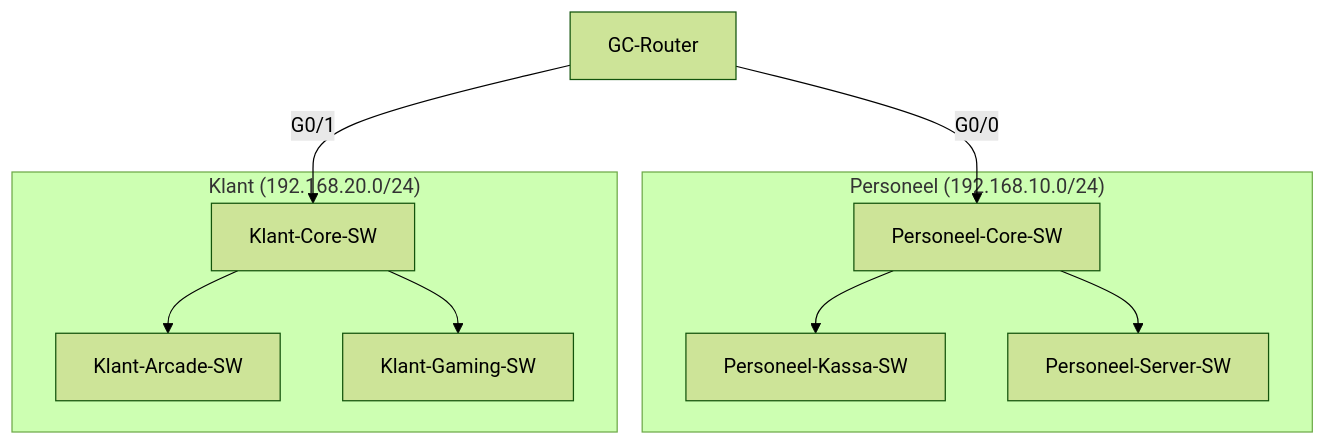
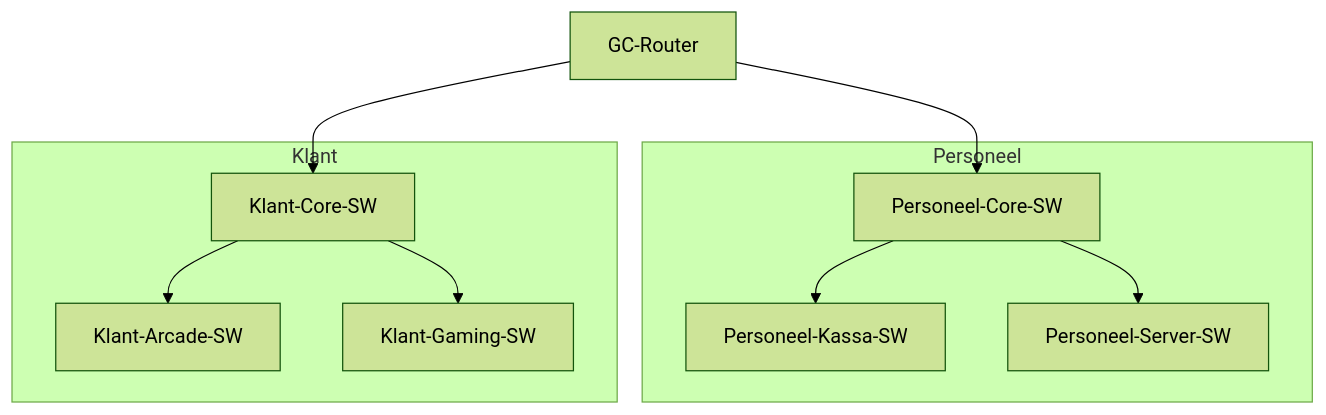
The diagram in Documentatie/Netwerk_Documentatie.md (lennertvhoy/Game_Center), drawn with Mermaid (forest theme) before and after one commit.

Commit message:
docs: Add initial network documentation for the Game Center, detailing topology, IP addressing, and configuration.

````diff
--- a/Documentatie/Netwerk_Documentatie.md
+++ b/Documentatie/Netwerk_Documentatie.md
@@ -20,25 +20,25 @@
 ```mermaid
 graph TD
     Router[GC-Router]
     
-    subgraph "Personeel (192.168.10.0/24)"
+    subgraph "Personeel"
         SW_P_Core[Personeel-Core-SW]
         SW_P_Kassa[Personeel-Kassa-SW]
         SW_P_Server[Personeel-Server-SW]
     end
     
-    subgraph "Klant (192.168.20.0/24)"
+    subgraph "Klant"
         SW_K_Core[Klant-Core-SW]
         SW_K_Arcade[Klant-Arcade-SW]
         SW_K_Gaming[Klant-Gaming-SW]
     end
 
-    Router -- G0/0 --> SW_P_Core
-    Router -- G0/1 --> SW_K_Core
+    Router --> SW_P_Core
+    Router --> SW_K_Core
     
     SW_P_Core --> SW_P_Kassa
     SW_P_Core --> SW_P_Server
     
     SW_K_Core --> SW_K_Arcade
     SW_K_Core --> SW_K_Gaming
 ```
````
